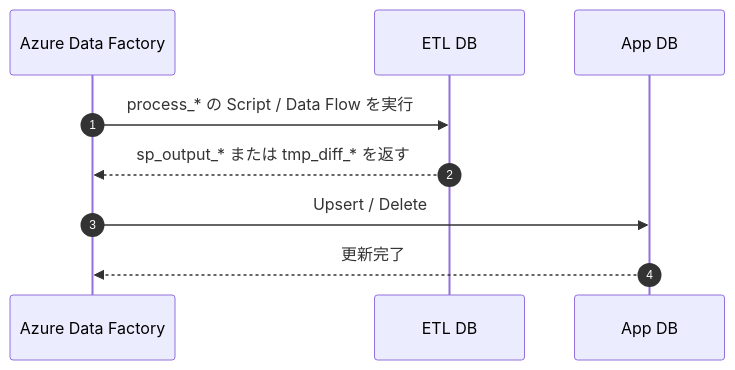
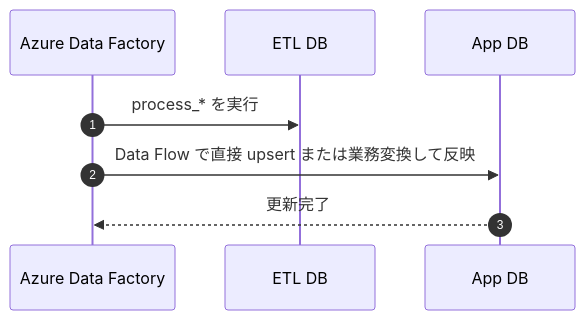
The third of 4 diagrams in etl/docs/sequence.md (yukato-jdsc/generate_dummy_data), drawn with Mermaid before and after one commit. The commit also changed other lines of this file and 60 other files, not shown here.

````diff
--- a/etl/docs/sequence.md
+++ b/etl/docs/sequence.md
@@ -97,12 +124,11 @@
 ```mermaid
 sequenceDiagram
     autonumber
     participant ADF as Azure Data Factory
     participant ETL as ETL DB
     participant APP as App DB
 
-    ADF->>ETL: process_* の Script / Data Flow を実行
-    ETL-->>ADF: sp_output_* または tmp_diff_* を返す
-    ADF->>APP: Upsert / Delete
+    ADF->>ETL: process_* を実行
+    ADF->>APP: Data Flow で直接 upsert または業務変換して反映
     APP-->>ADF: 更新完了
 ```
````
